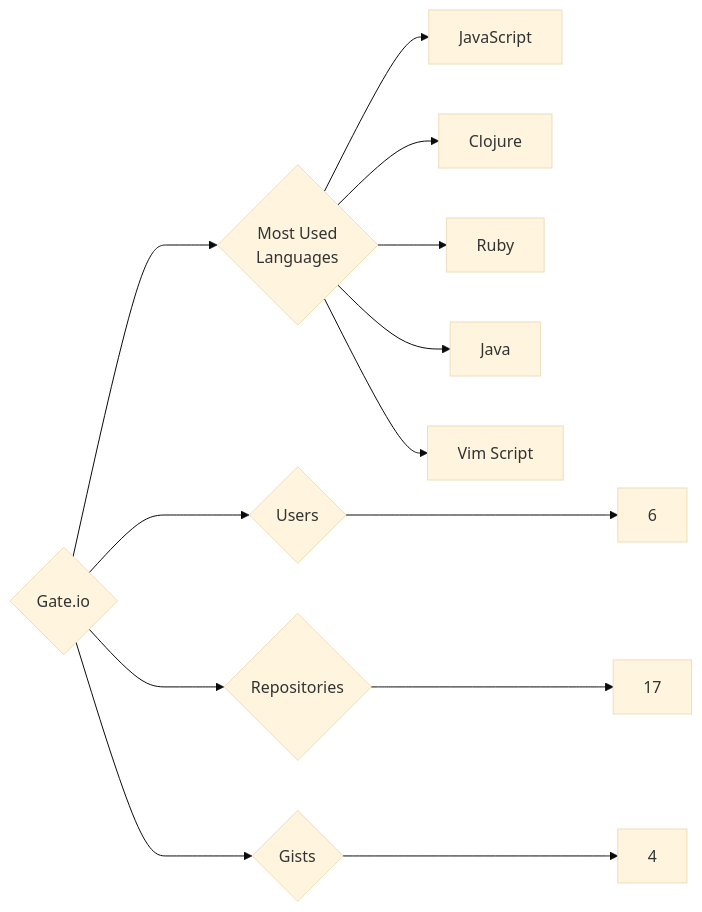
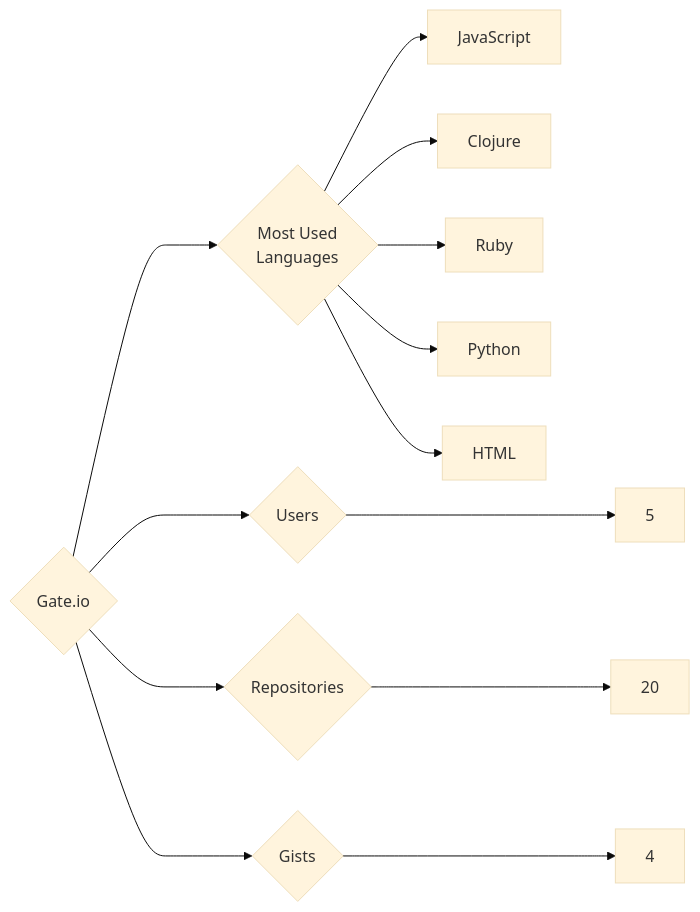
One commit to trickest/insiders changed the diagram in targets/Gate.io/README.md. Above: the diagram before and after it, drawn with Mermaid (base theme). The commit also changed 859 other files, not shown here.

````diff
--- a/targets/Gate.io/README.md
+++ b/targets/Gate.io/README.md
@@ -3,13 +3,13 @@
 ```mermaid
 graph LR
 COMPANY_NAME{Gate.io}
-COMPANY_NAME ---> U{Users} ---> UN[6]
-COMPANY_NAME ---> R{Repositories} ---> RN[17]
+COMPANY_NAME ---> U{Users} ---> UN[5]
+COMPANY_NAME ---> R{Repositories} ---> RN[20]
 COMPANY_NAME ---> G{Gists} ---> GN[4]
 COMPANY_NAME ---> ML{Most Used<br>Languages}
 ML --> JavaScript[JavaScript]
 ML --> Clojure[Clojure]
 ML --> Ruby[Ruby]
-ML --> Java[Java]
-ML --> Vim_Script[Vim Script]
+ML --> Python[Python]
+ML --> HTML[HTML]
 ```
````
